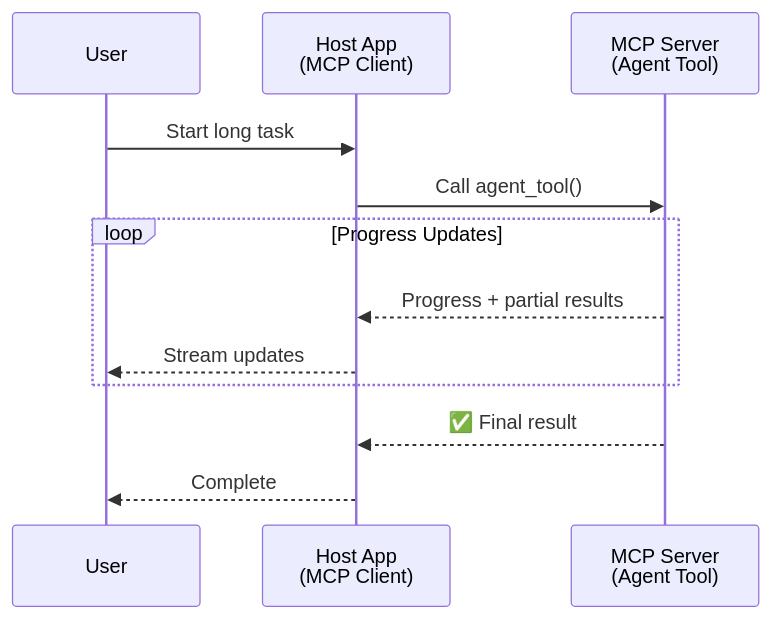
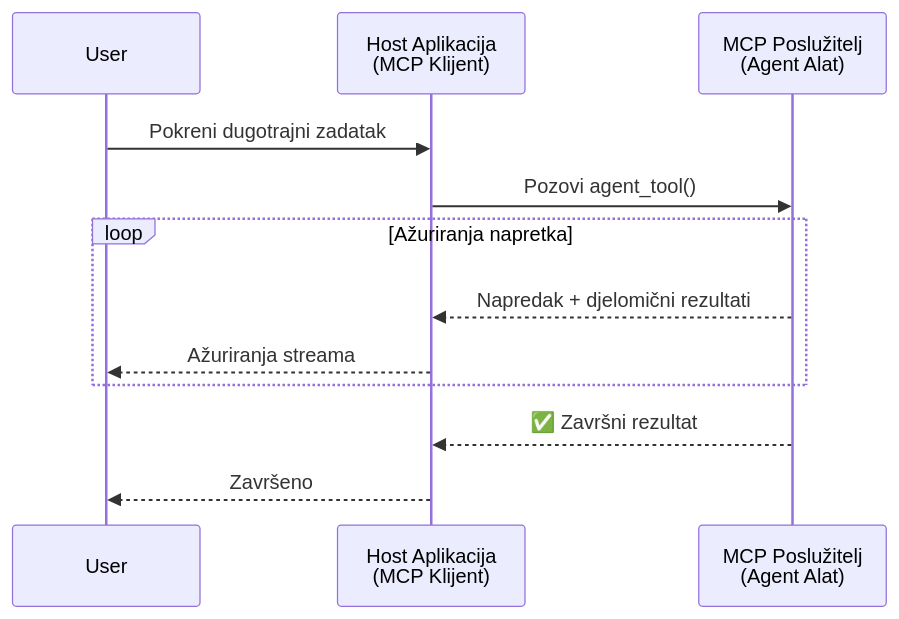
Before and after one commit to gabrielmoreira/agent-skills-mirror: the first of 5 diagrams in mirrors/repos/microsoft@ai-agents-for-beginners/translations/hr/11-agentic-protocols/code_samples/mcp-agents/README.md, drawn with Mermaid. The commit also changed other lines of this file and 4262 other files, not shown here.

````diff
--- a/mirrors/repos/microsoft@ai-agents-for-beginners/translations/hr/11-agentic-protocols/code_samples/mcp-agents/README.md
+++ b/mirrors/repos/microsoft@ai-agents-for-beginners/translations/hr/11-agentic-protocols/code_samples/mcp-agents/README.md
@@ -46,17 +46,17 @@
 ```mermaid
 sequenceDiagram
     participant User
-    participant Host as Host App<br/>(MCP Client)
-    participant Server as MCP Server<br/>(Agent Tool)
+    participant Host as Host Aplikacija<br/>(MCP Klijent)
+    participant Server as MCP Poslužitelj<br/>(Agent Alat)
 
-    User->>Host: Start long task
-    Host->>Server: Call agent_tool()
+    User->>Host: Pokreni dugotrajni zadatak
+    Host->>Server: Pozovi agent_tool()
 
-    loop Progress Updates
-        Server-->>Host: Progress + partial results
-        Host-->>User: Stream updates
+    loop Ažuriranja napretka
+        Server-->>Host: Napredak + djelomični rezultati
+        Host-->>User: Ažuriranja streama
     end
 
-    Server-->>Host: ✅ Final result
-    Host-->>User: Complete
+    Server-->>Host: ✅ Završni rezultat
+    Host-->>User: Završeno
 ```
````
